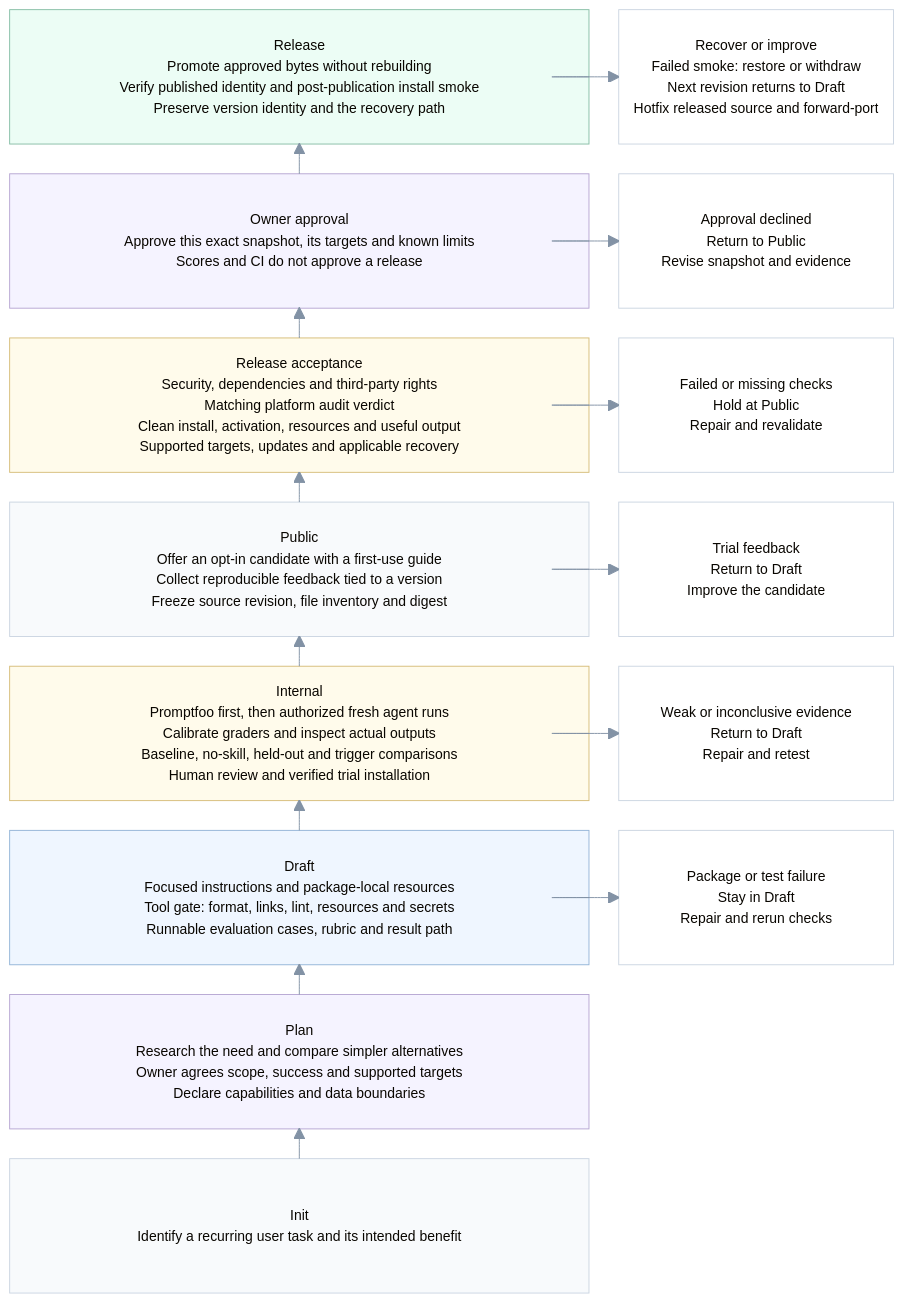
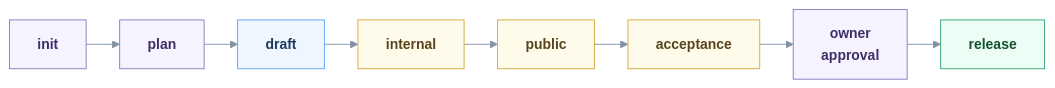
One commit to ClydeShen/skills changed the diagram in knowledge/skill-lifecycle/README.md. Above: the diagram before and after it, drawn with Mermaid. The commit also changed other lines of this file, not shown here.

Commit message:
docs(lifecycle): redraw the lifecycle as one clear line with a table of gates
Claude-Session: https://claude.ai/code/session_01SA5kRZNw6HYr8hEBAyUCQE

````diff
--- a/knowledge/skill-lifecycle/README.md
+++ b/knowledge/skill-lifecycle/README.md
@@ -19,93 +17,14 @@
 ```mermaid
-%%{init: {"theme": "base", "block": {"padding": 32}, "fontFamily": "Arial, sans-serif", "themeVariables": {"fontSize": "15px", "lineColor": "#8292A5", "edgeLabelBackground": "#FFFFFF"}}}%%
-block-beta
-    columns 3
+%%{init: {"theme": "base", "flowchart": {"curve": "basis", "nodeSpacing": 28, "rankSpacing": 36}, "themeVariables": {"fontFamily": "Arial, sans-serif", "fontSize": "15px", "lineColor": "#8292A5"}}}%%
+flowchart LR
+    init["<b>init</b>"] --> plan["<b>plan</b>"] --> draft["<b>draft</b>"] --> internal["<b>internal</b>"] --> public["<b>public</b>"] --> accept["<b>acceptance</b>"] --> approve["<b>owner<br/>approval</b>"] --> release["<b>release</b>"]
 
-    releaseVersion["Release
-    Promote approved bytes without rebuilding
-    Verify published identity and post-publication install smoke
-    Preserve version identity and the recovery path"]:2
-    maintenance["Recover or improve
-    Failed smoke: restore or withdraw
-    Next revision returns to Draft
-    Hotfix released source and forward-port"]
-
-    approval["Owner approval
-    Approve this exact snapshot, its targets and known limits
-    Scores and CI do not approve a release"]:2
-    declined["Approval declined
-    Return to Public
-    Revise snapshot and evidence"]
-
-    acceptance["Release acceptance
-    Security, dependencies and third-party rights
-    Matching platform audit verdict
-    Clean install, activation, resources and useful output
-    Supported targets, updates and applicable recovery"]:2
-    hold["Failed or missing checks
-    Hold at Public
-    Repair and revalidate"]
-
-    publicTrial["Public
-    Offer an opt-in candidate with a first-use guide
-    Collect reproducible feedback tied to a version
-    Freeze source revision, file inventory and digest"]:2
-    feedback["Trial feedback
-    Return to Draft
-    Improve the candidate"]
-
-    internal["Internal
-    Promptfoo first, then authorized fresh agent runs
-    Calibrate graders and inspect actual outputs
-    Baseline, no-skill, held-out and trigger comparisons
-    Human review and verified trial installation"]:2
-    retest["Weak or inconclusive evidence
-    Return to Draft
-    Repair and retest"]
-
-    draft["Draft
-    Focused instructions and package-local resources
-    Tool gate: format, links, lint, resources and secrets
-    Runnable evaluation cases, rubric and result path"]:2
-    repair["Package or test failure
-    Stay in Draft
-    Repair and rerun checks"]
-
-    plan["Plan
-    Research the need and compare simpler alternatives
-    Owner agrees scope, success and supported targets
-    Declare capabilities and data boundaries"]:2
-    space
-
-    idea["Init
-    Identify a recurring user task and its intended benefit"]:2
-    space
-
-    idea --> plan
-    plan --> draft
-    draft --> internal
-    internal --> publicTrial
-    publicTrial --> acceptance
-    acceptance --> approval
-    approval --> releaseVersion
-
-    releaseVersion --> maintenance
-    approval --> declined
-    acceptance --> hold
-    publicTrial --> feedback
-    internal --> retest
-    draft --> repair
-
-    classDef stage fill:#F8FAFC,stroke:#CBD5E1,color:#243247
-    classDef tool fill:#EFF6FF,stroke:#93B4D7,color:#1E3A5F
-    classDef evidence fill:#FFFBEB,stroke:#D6BC78,color:#59451D
-    classDef human fill:#F5F3FF,stroke:#B6A5D2,color:#493568
-    classDef stable fill:#ECFDF5,stroke:#86BDA5,color:#20543D
-    classDef returnPath fill:#FFFFFF,stroke:#CBD5E1,color:#475569
-    class idea,publicTrial stage
+    classDef person fill:#F5F3FF,stroke:#8B7BC0,color:#3F2D66
+    classDef tool fill:#EFF6FF,stroke:#60A5FA,color:#1E3A5F
+    classDef evidence fill:#FFFBEB,stroke:#D6A93C,color:#59451D
+    classDef done fill:#ECFDF5,stroke:#34A56F,color:#14532D
+    class init,plan,approve person
     class draft tool
-    class internal,acceptance evidence
-    class plan,approval human
-    class releaseVersion stable
-    class maintenance,declined,hold,feedback,retest,repair returnPath
+    class internal,public,accept evidence
+    class release done
 ```
````
